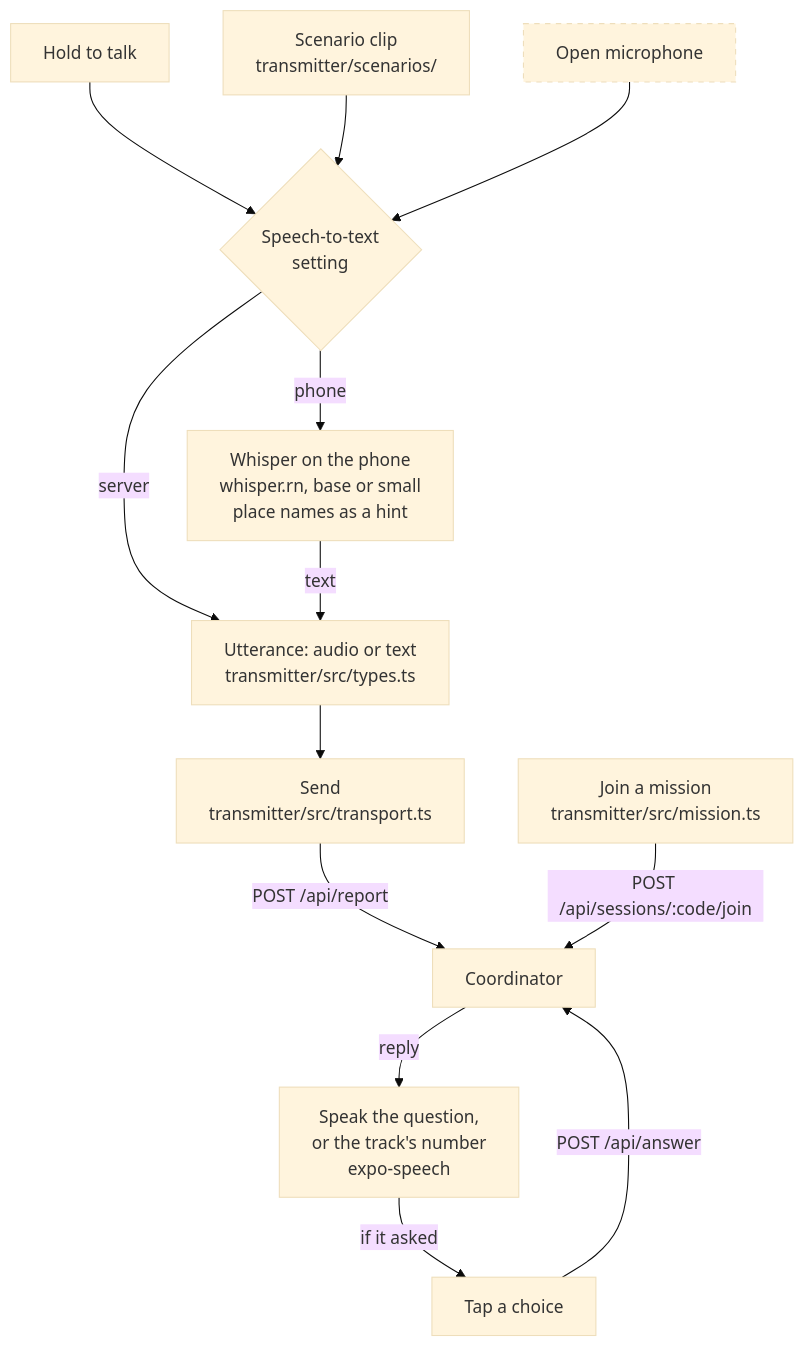
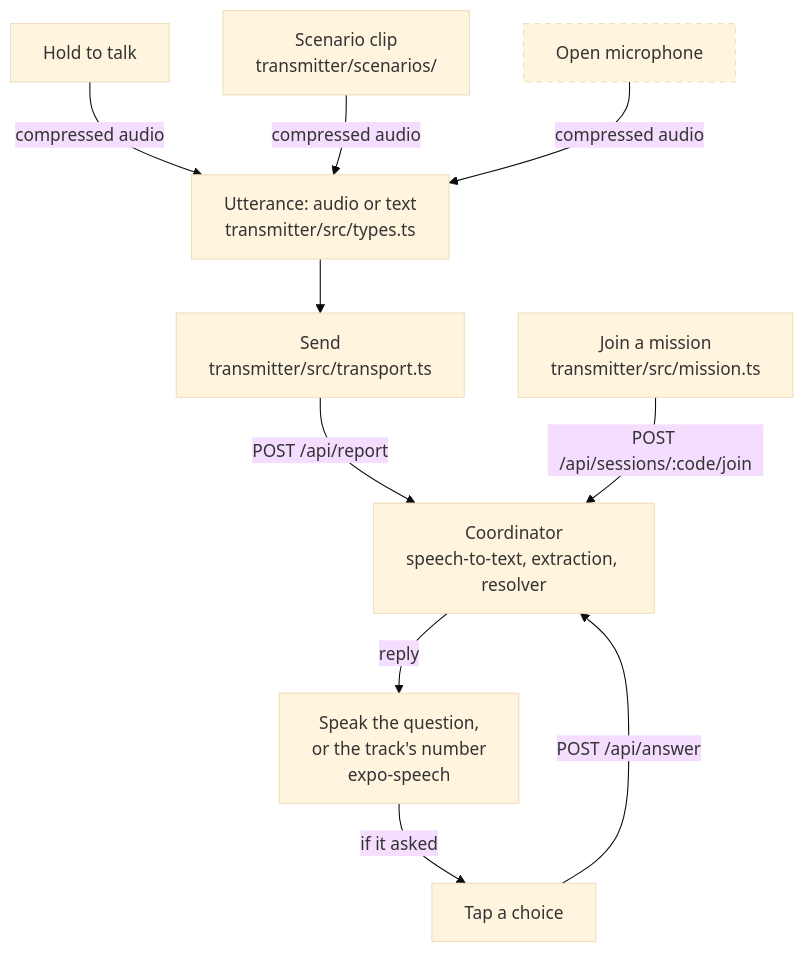
The third of 4 diagrams in docs/architecture.md (adam2765/edth-hackathon), drawn with Mermaid (base theme) before and after one commit. The commit also changed other lines of this file and 33 other files, not shown here.

First line of the commit message:
Move phone transcription to managed coordinator Whisper

````diff
--- a/docs/architecture.md
+++ b/docs/architecture.md
@@ -103,24 +103,20 @@
 ```mermaid
 flowchart TB
     MIC["Hold to talk"]
     CLIP["Scenario clip<br/>transmitter/scenarios/"]
     OPEN["Open microphone"]:::todo
-    STT{"Speech-to-text<br/>setting"}
-    WH["Whisper on the phone<br/>whisper.rn, base or small<br/>place names as a hint"]
     UTT["Utterance: audio or text<br/>transmitter/src/types.ts"]
     SEND["Send<br/>transmitter/src/transport.ts"]
     JOIN["Join a mission<br/>transmitter/src/mission.ts"]
-    CO["Coordinator"]
+    CO["Coordinator<br/>speech-to-text, extraction, resolver"]
     SAY["Speak the question,<br/>or the track's number<br/>expo-speech"]
     TAP["Tap a choice"]
 
-    MIC & CLIP & OPEN --> STT
-    STT -- "server" --> UTT
-    STT -- "phone" --> WH -- "text" --> UTT
+    MIC & CLIP & OPEN -- "compressed audio" --> UTT
     UTT --> SEND -- "POST /api/report" --> CO
     JOIN -- "POST /api/sessions/:code/join" --> CO
     CO -- "reply" --> SAY -- "if it asked" --> TAP
     TAP -- "POST /api/answer" --> CO
 
     classDef todo stroke-dasharray: 5 5
 ```
````
